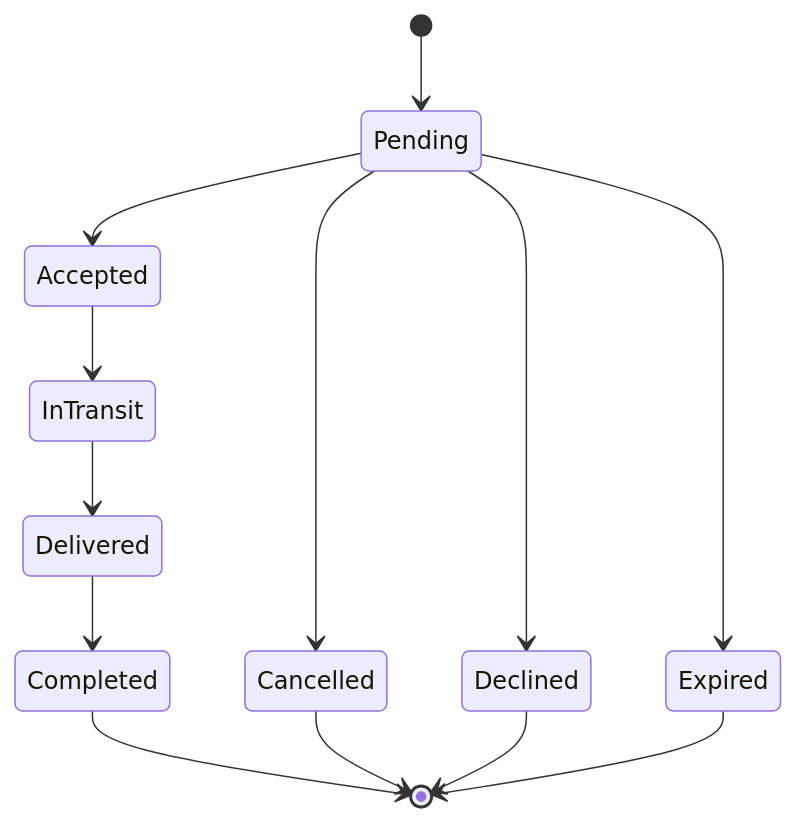
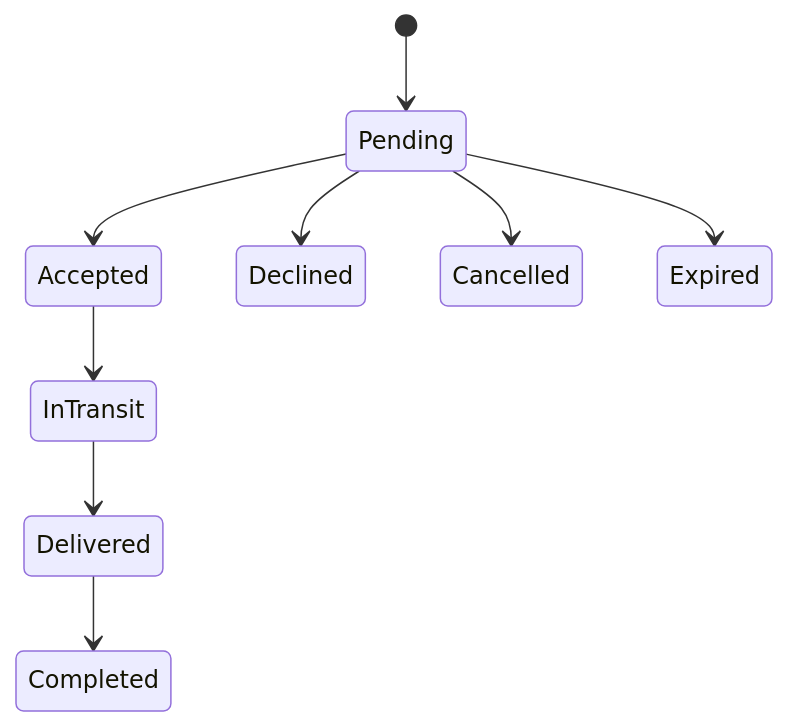
Before and after one commit to abda-dc/karri-mobile: the diagram in docs/architecture/booking-state-machine.md, drawn with Mermaid. The commit also changed other lines of this file and 65 other files, not shown here.

````diff
--- a/docs/architecture/booking-state-machine.md
+++ b/docs/architecture/booking-state-machine.md
@@ -15,15 +15,11 @@
 ```mermaid
 stateDiagram-v2
     [*] --> Pending
     Pending --> Accepted
     Pending --> Declined
     Pending --> Cancelled
     Pending --> Expired
     Accepted --> InTransit
     InTransit --> Delivered
     Delivered --> Completed
-    Completed --> [*]
-    Cancelled --> [*]
-    Declined --> [*]
-    Expired --> [*]
 ```
````
